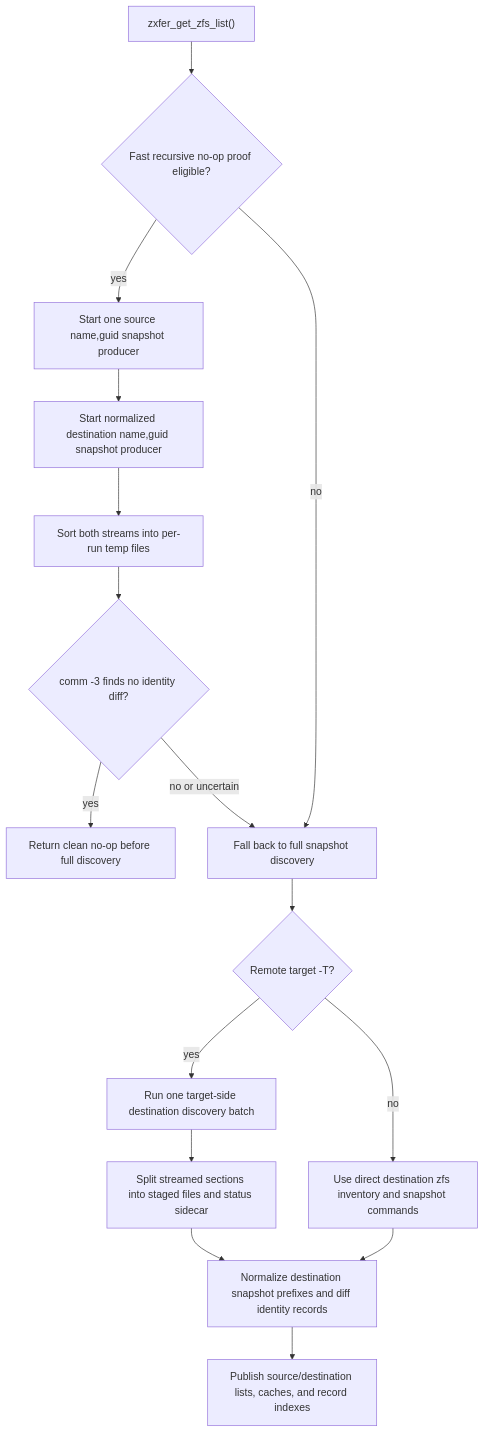
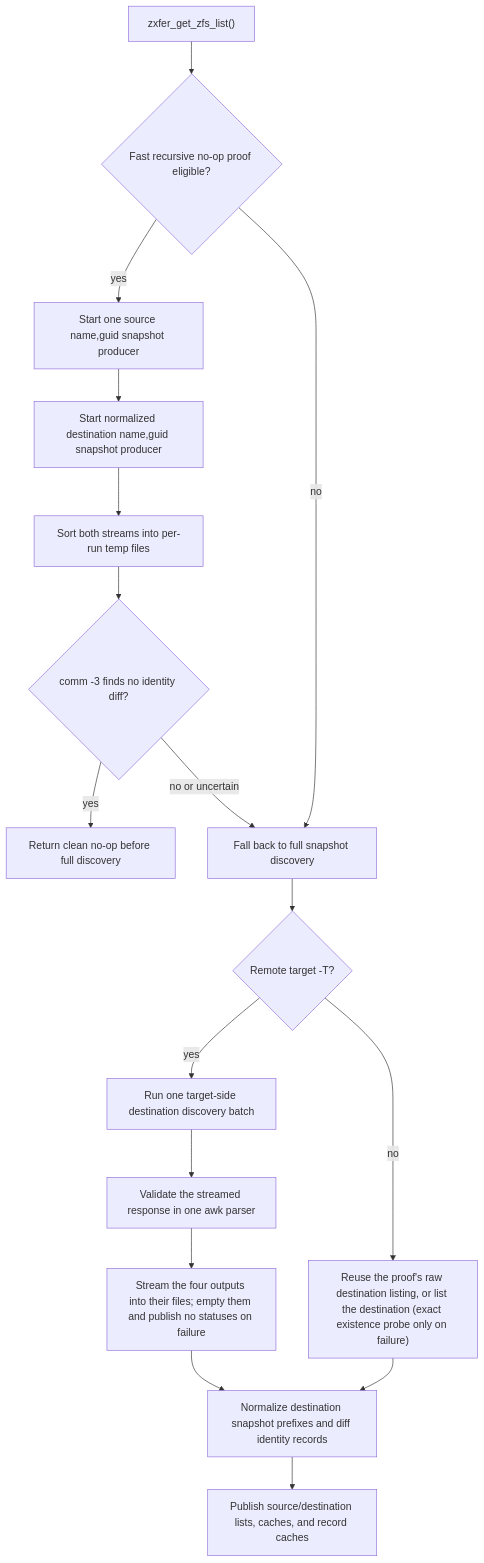
One commit to totalAldo/zxfer changed the second of 8 diagrams in docs/architecture.md. Above: the diagram before and after it, drawn with Mermaid. The commit also changed other lines of this file and 199 other files, not shown here.

````diff
--- a/docs/architecture.md
+++ b/docs/architecture.md
@@ -279,18 +526,19 @@
 ```mermaid
 flowchart TD
     A["zxfer_get_zfs_list()"] --> B{"Fast recursive no-op proof eligible?"}
     B -- "yes" --> C["Start one source name,guid snapshot producer"]
     C --> D["Start normalized destination name,guid snapshot producer"]
     D --> E["Sort both streams into per-run temp files"]
     E --> F{"comm -3 finds no identity diff?"}
     F -- "yes" --> G["Return clean no-op before full discovery"]
     F -- "no or uncertain" --> H["Fall back to full snapshot discovery"]
     B -- "no" --> H
     H --> I{"Remote target -T?"}
     I -- "yes" --> J["Run one target-side destination discovery batch"]
-    J --> K["Split streamed sections into staged files and status sidecar"]
-    I -- "no" --> L["Use direct destination zfs inventory and snapshot commands"]
-    K --> M["Normalize destination snapshot prefixes and diff identity records"]
+    J --> K["Validate the streamed response in one awk parser"]
+    I -- "no" --> L["Reuse the proof's raw destination listing, or list the destination (exact existence probe only on failure)"]
+    K --> P["Stream the four outputs into their files; empty them and publish no statuses on failure"]
+    P --> M["Normalize destination snapshot prefixes and diff identity records"]
     L --> M
-    M --> N["Publish source/destination lists, caches, and record indexes"]
+    M --> N["Publish source/destination lists, caches, and record caches"]
 ```
````
